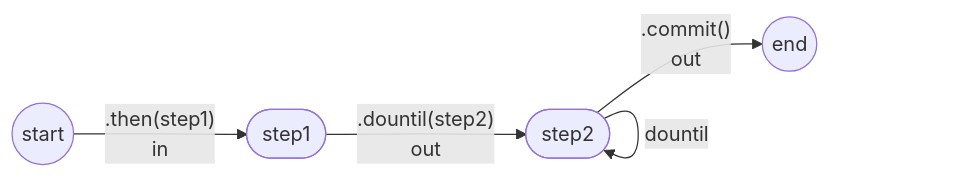
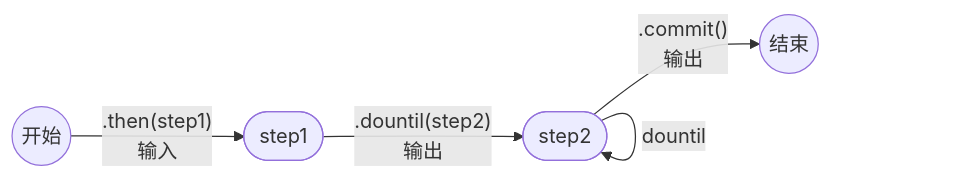
One commit to youngjunning/mastra.youngjunning.com changed the fifth of 7 diagrams in i18n/zh-CN/docusaurus-plugin-content-docs/current/workflows/control-flow.mdx. Above: the diagram before and after it, drawn with Mermaid. The commit also changed other lines of this file and 3073 other files, not shown here.

````diff
--- a/i18n/zh-CN/docusaurus-plugin-content-docs/current/workflows/control-flow.mdx
+++ b/i18n/zh-CN/docusaurus-plugin-content-docs/current/workflows/control-flow.mdx
@@ -561,11 +561,11 @@
 ```mermaid
 flowchart LR
-  accTitle: Repeat a workflow step with dountil
-  accDescr: The workflow runs step1, then repeats step2 until its condition becomes true before continuing to the end.
-  start(( start )) -->|".then(step1)"<br/>in| step1([step1])
-  step1 -->|".dountil(step2)"<br/>out| step2([step2])
-  step2 -->|".commit()"<br/>out| endNode(( end ))
+  accTitle: 使用 dountil 重复执行 Workflow 步骤
+  accDescr: Workflow 先运行 step1，再重复运行 step2，直到条件成立，然后结束。
+  start(( 开始 )) -->|".then(step1)"<br/>输入| step1([step1])
+  step1 -->|".dountil(step2)"<br/>输出| step2([step2])
+  step2 -->|".commit()"<br/>输出| endNode(( 结束 ))
   step2 -- dountil --> step2
 
   class endNode accent
 ```
````
